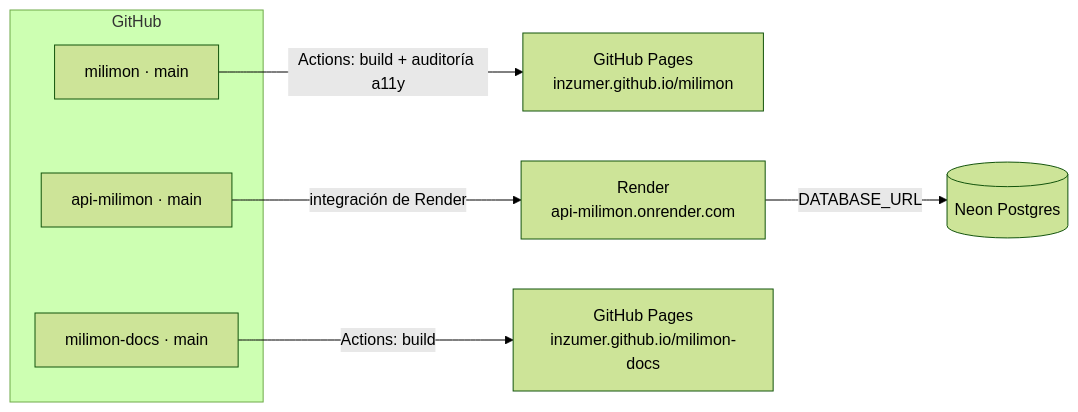
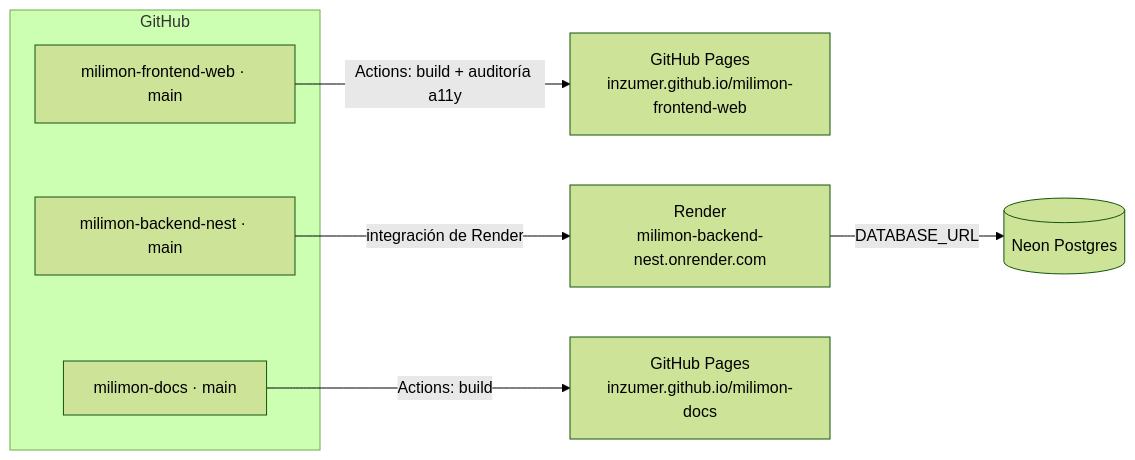
The diagram in src/content/docs/arquitectura/despliegue.md (inzumer/milimon-docs), drawn with Mermaid (forest theme) before and after one commit. The commit also changed 9 other files, not shown here.

First line of the commit message:
docs: milimon-<area>-<technology> and inzumer-<name> repository names

````diff
--- a/src/content/docs/arquitectura/despliegue.md
+++ b/src/content/docs/arquitectura/despliegue.md
@@ -8,12 +8,12 @@
 ```mermaid
 flowchart LR
   subgraph repos[GitHub]
-    web[milimon · main]
-    api[api-milimon · main]
+    web[milimon-frontend-web · main]
+    api[milimon-backend-nest · main]
     docs[milimon-docs · main]
   end
-  web -- "Actions: build + auditoría a11y" --> pages[GitHub Pages<br/>inzumer.github.io/milimon]
-  api -- "integración de Render" --> render[Render<br/>api-milimon.onrender.com]
+  web -- "Actions: build + auditoría a11y" --> pages[GitHub Pages<br/>inzumer.github.io/milimon-frontend-web]
+  api -- "integración de Render" --> render[Render<br/>milimon-backend-nest.onrender.com]
   render -- DATABASE_URL --> neon[(Neon Postgres)]
   docs -- "Actions: build" --> docsPages[GitHub Pages<br/>inzumer.github.io/milimon-docs]
 ```
````
